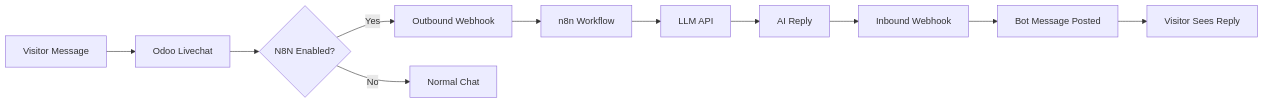
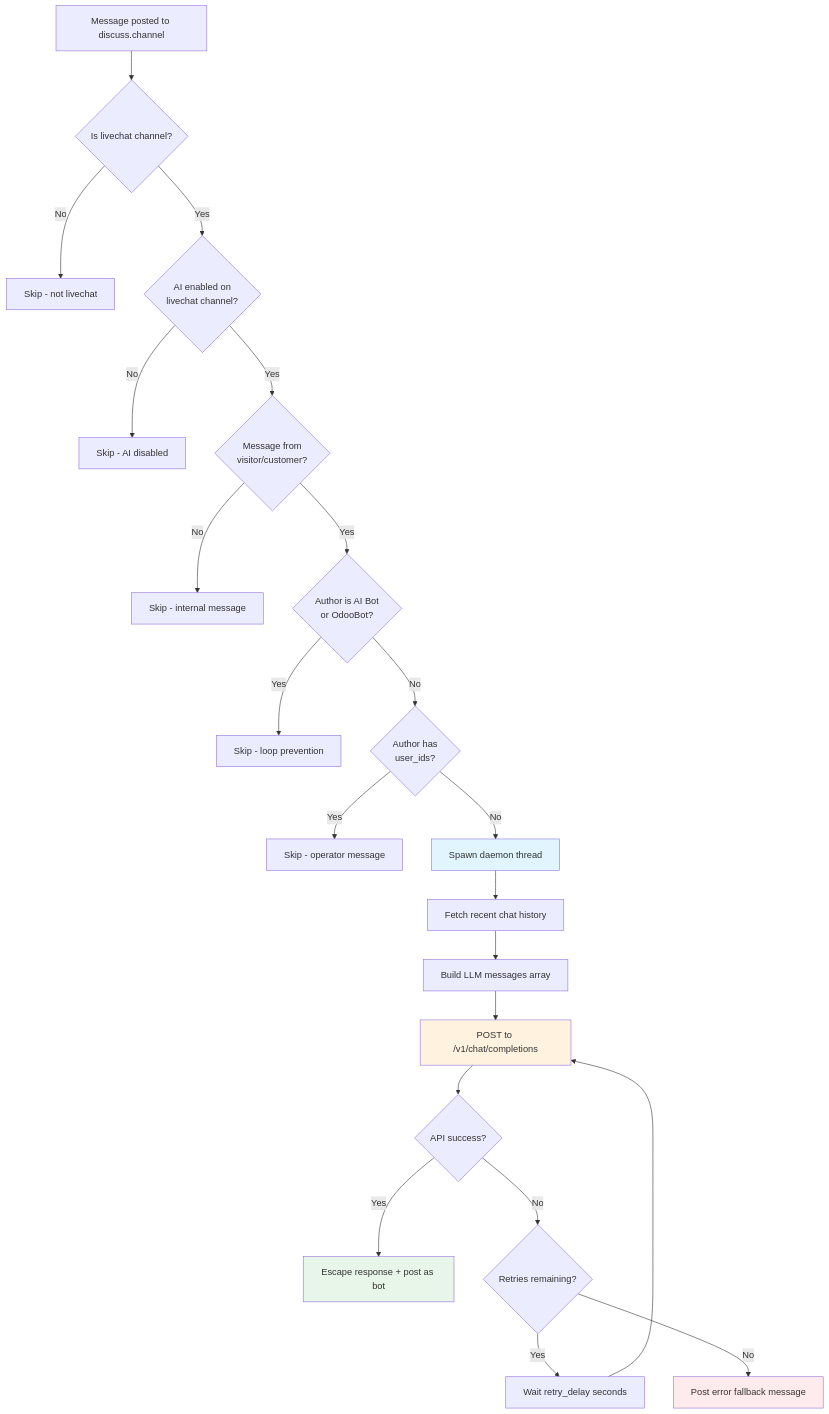
One commit to WOOWTECH/Woow_odoo_ai_livechat changed the second of 2 diagrams in README.md. Above: the diagram before and after it, drawn with Mermaid. The commit also changed other lines of this file and 62 other files, not shown here.

````diff
--- a/README.md
+++ b/README.md
@@ -125,13 +113,28 @@
 ```mermaid
-flowchart LR
-    A[Visitor Message] --> B[Odoo Livechat]
-    B --> C{N8N Enabled?}
-    C -->|Yes| D[Outbound Webhook]
-    C -->|No| E[Normal Chat]
-    D --> F[n8n Workflow]
-    F --> G[LLM API]
-    G --> H[AI Reply]
-    H --> I[Inbound Webhook]
-    I --> J[Bot Message Posted]
-    J --> K[Visitor Sees Reply]
+flowchart TD
+    A[Message posted to discuss.channel] --> B{Is livechat channel?}
+    B -->|No| Z[Skip - not livechat]
+    B -->|Yes| C{AI enabled on<br/>livechat channel?}
+    C -->|No| Z2[Skip - AI disabled]
+    C -->|Yes| D{Message from<br/>visitor/customer?}
+    D -->|No| Z3[Skip - internal message]
+    D -->|Yes| E{Author is AI Bot<br/>or OdooBot?}
+    E -->|Yes| Z4[Skip - loop prevention]
+    E -->|No| F{Author has<br/>user_ids?}
+    F -->|Yes| Z5[Skip - operator message]
+    F -->|No| G[Spawn daemon thread]
+    G --> H[Fetch recent chat history]
+    H --> I[Build LLM messages array]
+    I --> J[POST to /v1/chat/completions]
+    J --> K{API success?}
+    K -->|Yes| L[Escape response + post as bot]
+    K -->|No| M{Retries remaining?}
+    M -->|Yes| N[Wait retry_delay seconds]
+    N --> J
+    M -->|No| O[Post error fallback message]
+
+    style G fill:#e1f5fe
+    style J fill:#fff3e0
+    style L fill:#e8f5e9
+    style O fill:#ffebee
 ```
````
